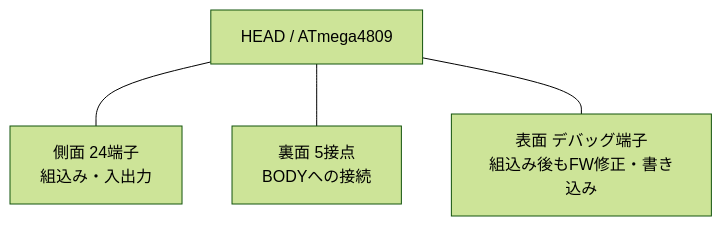
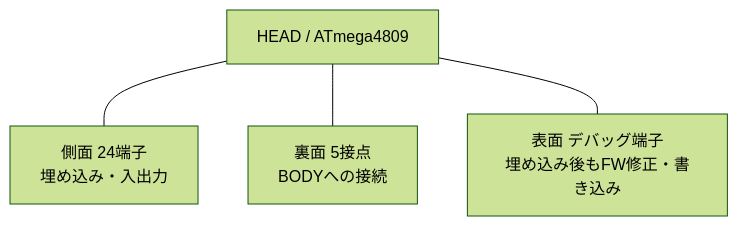
One commit to ymmtynk/BARONDUINO_EVERY changed the second of 2 diagrams in hardware/README.md. Above: the diagram before and after it, drawn with Mermaid (forest theme). The commit also changed other lines of this file, not shown here.

````diff
--- a/hardware/README.md
+++ b/hardware/README.md
@@ -51,10 +49,10 @@
 ```mermaid
 flowchart TB
     H["HEAD / ATmega4809"]
-    SIDE["側面 24端子<br/>組込み・入出力"]
+    SIDE["側面 24端子<br/>埋め込み・入出力"]
     BACK["裏面 5接点<br/>BODYへの接続"]
-    FRONT["表面 デバッグ端子<br/>組込み後もFW修正・書き込み"]
+    FRONT["表面 デバッグ端子<br/>埋め込み後もFW修正・書き込み"]
     H --- SIDE
     H --- BACK
     H --- FRONT
 ```
````
